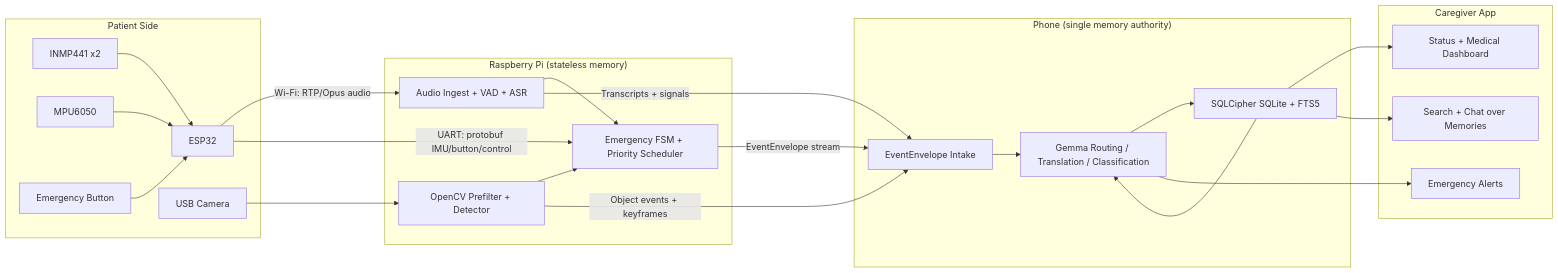
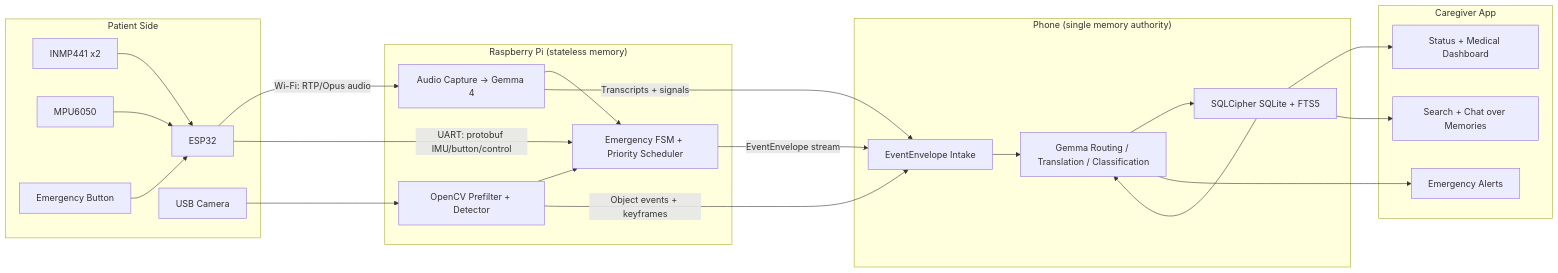
The diagram in architecture/01-overall-system.md (hash066/dementia), drawn with Mermaid before and after one commit. The commit also changed 97 other files, not shown here.

````diff
--- a/architecture/01-overall-system.md
+++ b/architecture/01-overall-system.md
@@ -3,49 +3,49 @@
 ```mermaid
 flowchart LR
   subgraph Patient_Side["Patient Side"]
     MIC["INMP441 x2"]
     IMU["MPU6050"]
     BTN["Emergency Button"]
     ESP["ESP32"]
     CAM["USB Camera"]
     MIC --> ESP
     IMU --> ESP
     BTN --> ESP
   end
 
   subgraph RPi["Raspberry Pi (stateless memory)"]
-    ING["Audio Ingest + VAD + ASR"]
+    ING["Audio Capture -> Gemma 4"]
     VSN["OpenCV Prefilter + Detector"]
     FSM["Emergency FSM + Priority Scheduler"]
     
     ING --> FSM
     VSN --> FSM
     
   end
 
   subgraph Phone["Phone (single memory authority)"]
     EVT["EventEnvelope Intake"]
     GEM["Gemma Routing / Translation / Classification"]
     DB["SQLCipher SQLite + FTS5"]
     EVT --> GEM
     GEM --> DB
     DB --> GEM
   end
 
   subgraph Caregiver["Caregiver App"]
     DASH["Status + Medical Dashboard"]
     CHAT["Search + Chat over Memories"]
     ALERT["Emergency Alerts"]
   end
 
   ESP -- "Wi-Fi: RTP/Opus audio" --> ING
   ESP -- "UART: protobuf IMU/button/control" --> FSM
   CAM --> VSN
   FSM -- "EventEnvelope stream" --> EVT
   VSN -- "Object events + keyframes" --> EVT
   ING -- "Transcripts + signals" --> EVT
 
   DB --> DASH
   DB --> CHAT
   GEM --> ALERT
 ```
````
